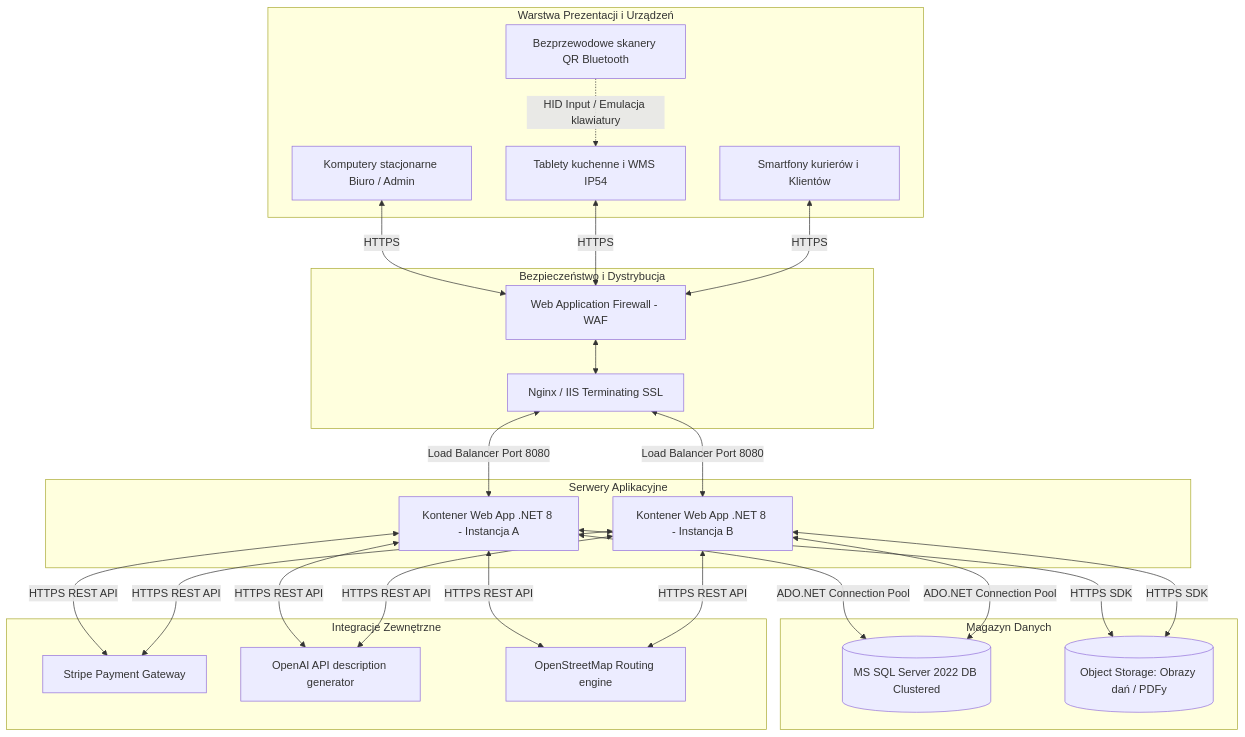
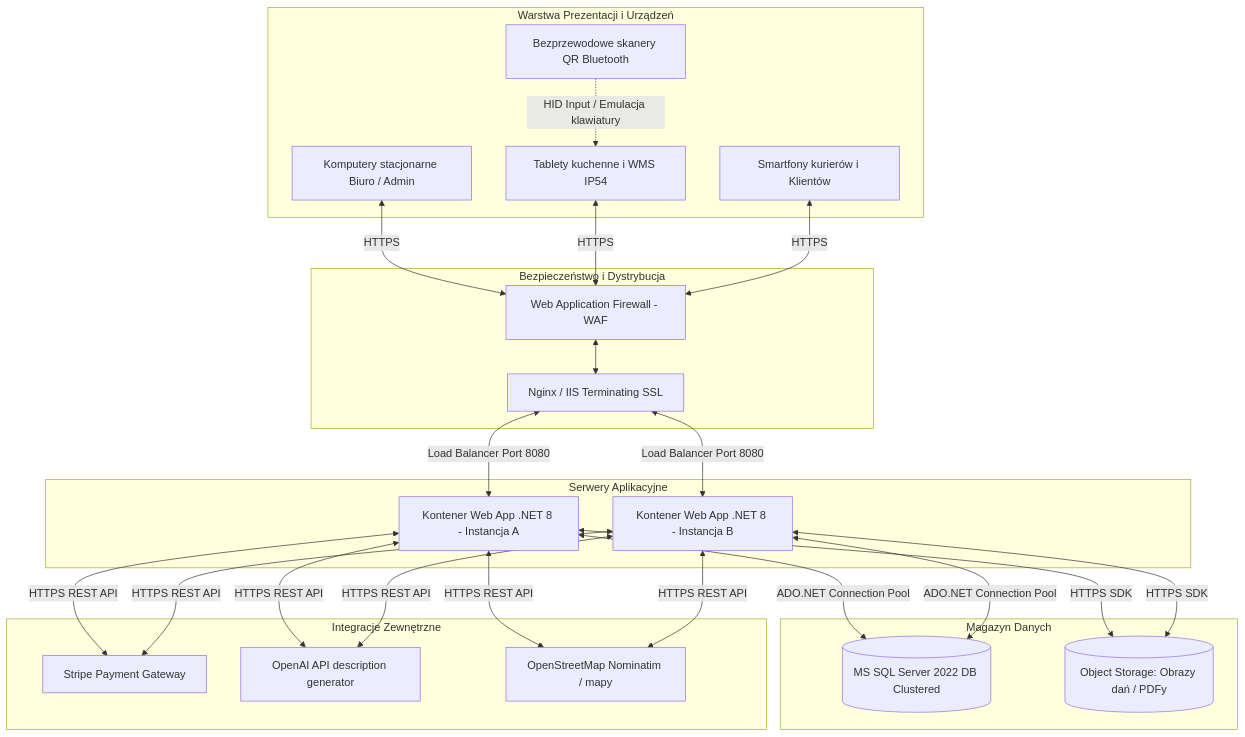
One commit to lMamacl/Kuchnia-Cygana changed the first of 4 diagrams in docs/Sprawozdanie Bazy Danych.md. Above: the diagram before and after it, drawn with Mermaid. The commit also changed other lines of this file, not shown here.

````diff
--- a/docs/Sprawozdanie Bazy Danych.md
+++ b/docs/Sprawozdanie Bazy Danych.md
@@ -105,38 +105,38 @@
 ```mermaid
 flowchart TD
     subgraph Klient [Warstwa Prezentacji i Urządzeń]
         PC[Komputery stacjonarne Biuro / Admin]
         Tab[Tablety kuchenne i WMS IP54]
         Scan[Bezprzewodowe skanery QR Bluetooth]
         Mob[Smartfony kurierów i Klientów]
     end
 
     subgraph Siec [Bezpieczeństwo i Dystrybucja]
         Firewall[Web Application Firewall - WAF]
         ReverseProxy[Nginx / IIS Terminating SSL]
     end
 
     subgraph Aplikacja [Serwery Aplikacyjne]
         App1[Kontener Web App .NET 8 - Instancja A]
         App2[Kontener Web App .NET 8 - Instancja B]
     end
 
     subgraph Dane [Magazyn Danych]
         SQL[(MS SQL Server 2022 DB Clustered)]
         Storage[(Object Storage: Obrazy dań / PDFy)]
     end
 
     subgraph Zewn [Integracje Zewnętrzne]
         StripeAPI[Stripe Payment Gateway]
         OpenAIAPI[OpenAI API description generator]
-        OSM[OpenStreetMap Routing engine]
+        OSM[OpenStreetMap Nominatim / mapy]
     end
 
     PC & Tab & Mob <-->|HTTPS| Firewall
     Scan -.->|HID Input / Emulacja klawiatury| Tab
     Firewall <--> ReverseProxy
     ReverseProxy <-->|Load Balancer Port 8080| App1 & App2
     App1 & App2 <-->|ADO.NET Connection Pool| SQL
     App1 & App2 <-->|HTTPS SDK| Storage
     App1 & App2 <-->|HTTPS REST API| StripeAPI & OpenAIAPI & OSM
 ```
````
